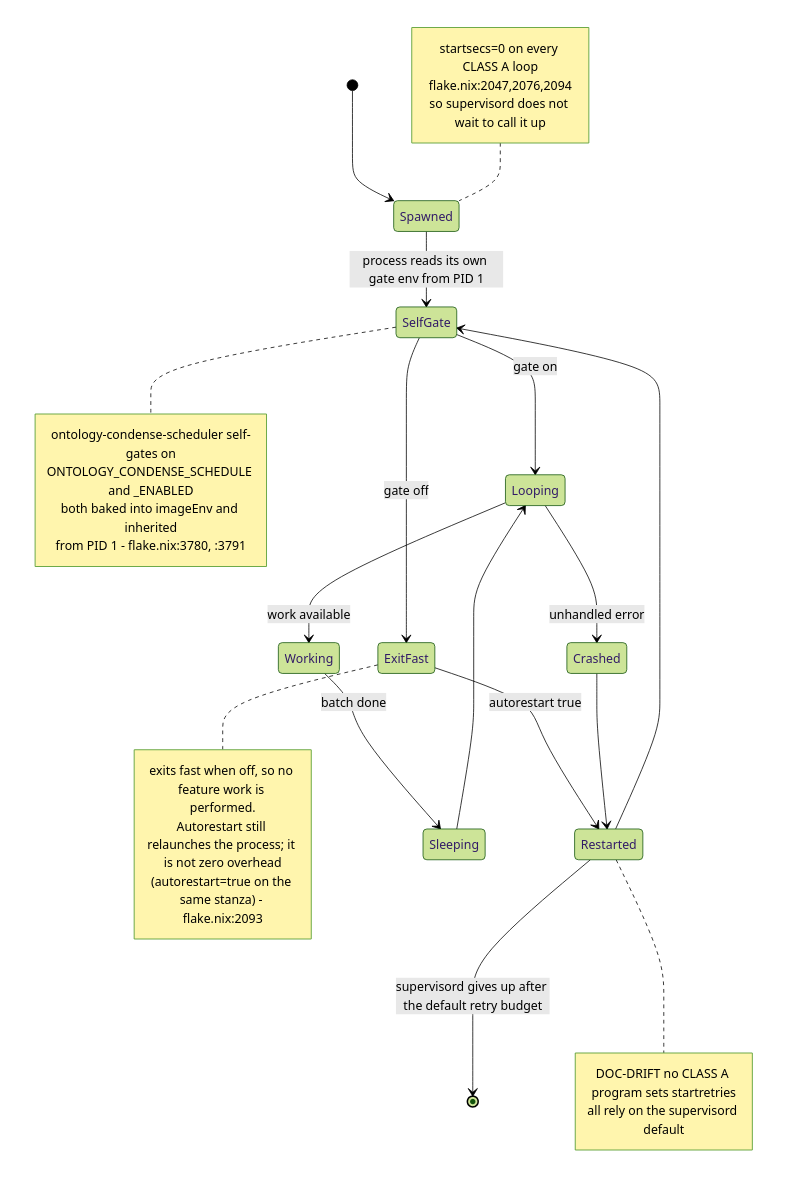
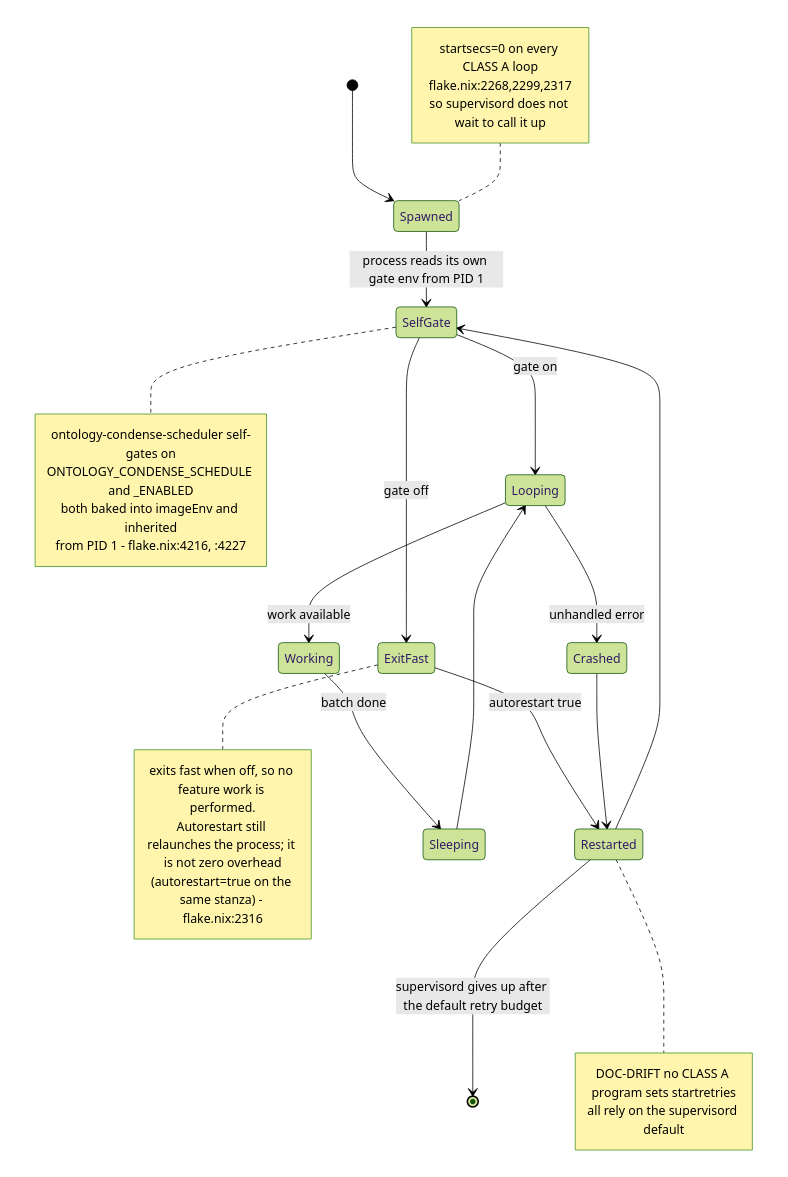
Before and after one commit to DreamLab-AI/VisionFlow: the second of 11 diagrams in docs/diagrams/agentbox/07-daemons-reapers-cron-backups.md, drawn with Mermaid (forest theme). The commit also changed other lines of this file and 111 other files, not shown here.

Commit message:
docs(diagrams): align estate maps with current source

````diff
--- a/docs/diagrams/agentbox/07-daemons-reapers-cron-backups.md
+++ b/docs/diagrams/agentbox/07-daemons-reapers-cron-backups.md
@@ -48,36 +48,36 @@
 ```mermaid
 stateDiagram-v2
     [*] --> Spawned
     Spawned --> SelfGate: process reads its own gate env from PID 1
     SelfGate --> ExitFast: gate off
     SelfGate --> Looping: gate on
     ExitFast --> Restarted: autorestart true
     Restarted --> SelfGate
     Looping --> Working: work available
     Working --> Sleeping: batch done
     Sleeping --> Looping
     Looping --> Crashed: unhandled error
     Crashed --> Restarted
     Restarted --> [*]: supervisord gives up after the default retry budget
 
     note right of SelfGate
         ontology-condense-scheduler self-gates on
         ONTOLOGY_CONDENSE_SCHEDULE and _ENABLED
         both baked into imageEnv and inherited
-        from PID 1 - flake.nix:3780, :3791
+        from PID 1 - flake.nix:4216, :4227
     end note
     note right of ExitFast
         exits fast when off, so no feature work is performed.
         Autorestart still relaunches the process; it is not zero overhead
-        (autorestart=true on the same stanza) - flake.nix:2093
+        (autorestart=true on the same stanza) - flake.nix:2316
     end note
     note left of Spawned
         startsecs=0 on every CLASS A loop
-        flake.nix:2047,2076,2094
+        flake.nix:2268,2299,2317
         so supervisord does not wait to call it up
     end note
     note right of Restarted
         DOC-DRIFT no CLASS A program sets startretries
         all rely on the supervisord default
     end note
 ```
````
